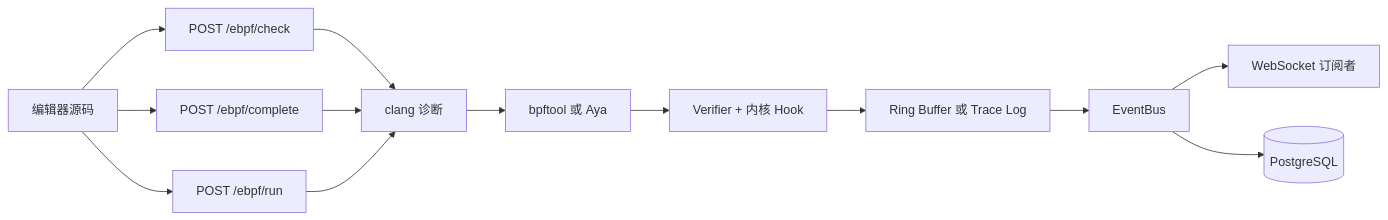
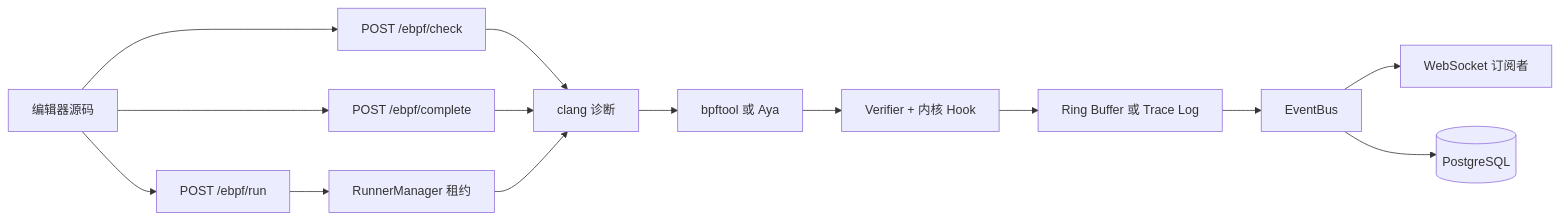
The fourth of 4 diagrams in frontend/public/course/zh-CN/architecture.md (Team-silvortex/cyanrex-lab), drawn with Mermaid before and after one commit. The commit also changed other lines of this file and 36 other files, not shown here.

````diff
--- a/frontend/public/course/zh-CN/architecture.md
+++ b/frontend/public/course/zh-CN/architecture.md
@@ -145,15 +145,16 @@
 ```mermaid
 flowchart LR
     C["编辑器源码"] --> V["POST /ebpf/check"]
     C --> X["POST /ebpf/complete"]
     C --> R["POST /ebpf/run"]
     V --> CL["clang 诊断"]
     X --> CL
-    R --> CL
+    R --> RM["RunnerManager 租约"]
+    RM --> CL
     CL --> L["bpftool 或 Aya"]
     L --> K["Verifier + 内核 Hook"]
     K --> O["Ring Buffer 或 Trace Log"]
     O --> EB["EventBus"]
     EB --> WS["WebSocket 订阅者"]
     EB --> P[(PostgreSQL)]
 ```
````
